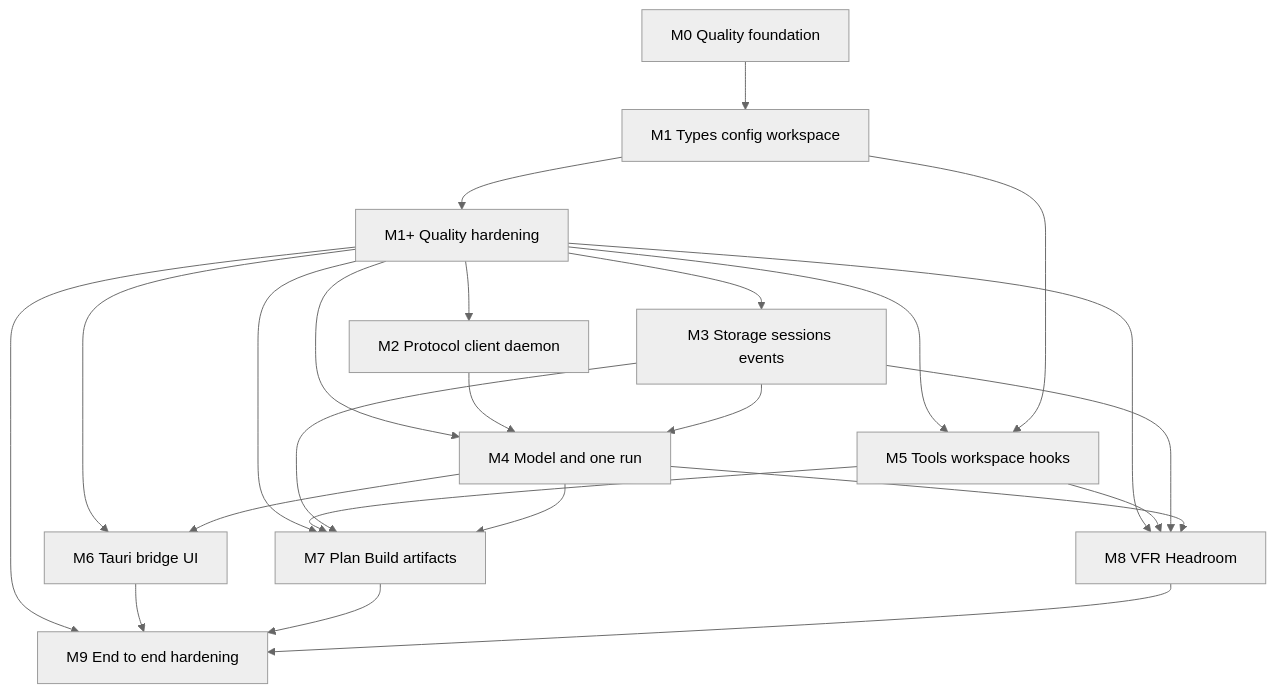
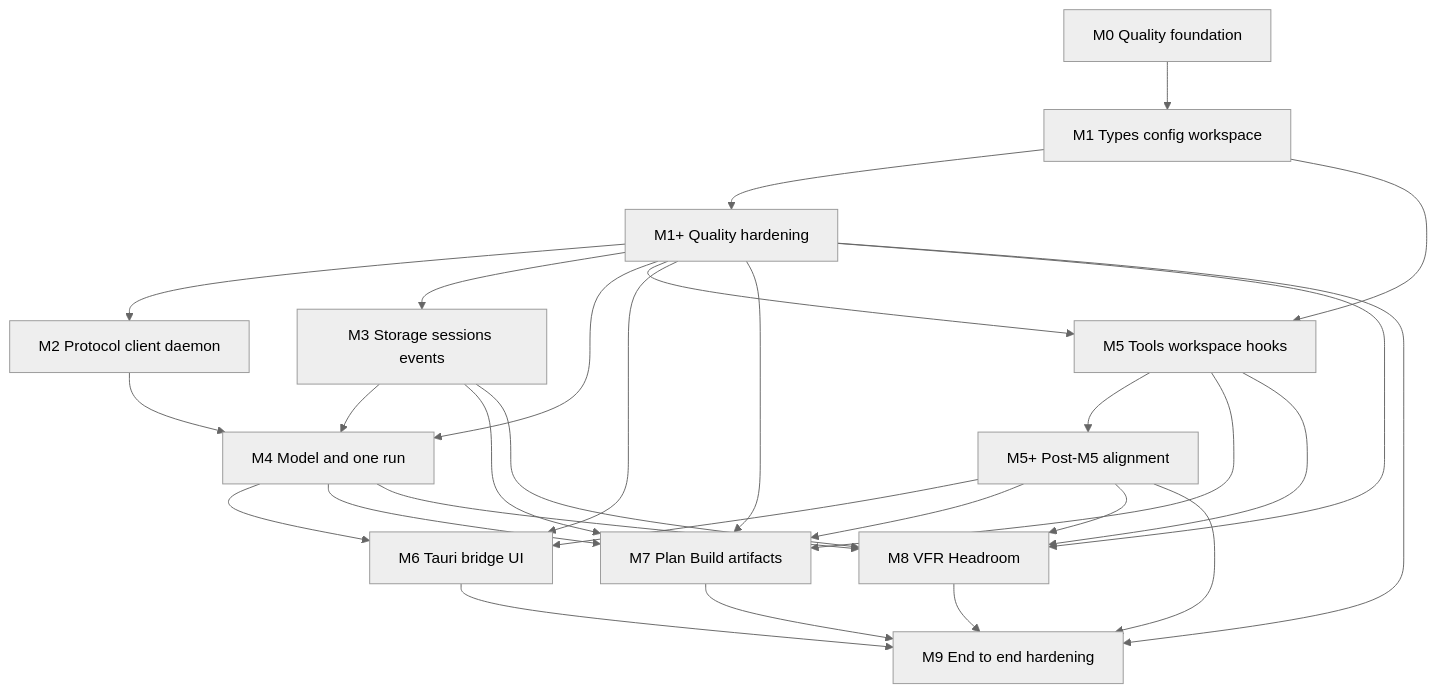
The first of 2 diagrams in docs/intention-relay/architecture/11-implementation-roadmap.md (y0tsy/intention-relay), drawn with Mermaid (neutral theme) before and after one commit. The commit also changed other lines of this file and 50 other files, not shown here.

````diff
--- a/docs/intention-relay/architecture/11-implementation-roadmap.md
+++ b/docs/intention-relay/architecture/11-implementation-roadmap.md
@@ -11,26 +11,31 @@
 ```mermaid
 flowchart TD
   Q[M0 Quality foundation] --> A[M1 Types config workspace]
   A --> P[M1+ Quality hardening]
   P --> B[M2 Protocol client daemon]
   P --> C[M3 Storage sessions events]
   P --> D[M4 Model and one run]
   P --> E[M5 Tools workspace hooks]
+  E --> K[M5+ Post-M5 alignment]
+  K --> F[M6 Tauri bridge UI]
+  K --> G[M7 Plan Build artifacts]
+  K --> H[M8 VFR Headroom]
+  K --> I[M9 End to end hardening]
   P --> F[M6 Tauri bridge UI]
   P --> G[M7 Plan Build artifacts]
   P --> H[M8 VFR Headroom]
   P --> I[M9 End to end hardening]
   B --> D
   C --> D
   A --> E
   D --> F
   E --> G
   C --> G
   D --> G
   E --> H
   C --> H
   D --> H
   F --> I
   G --> I
   H --> I
 ```
````
